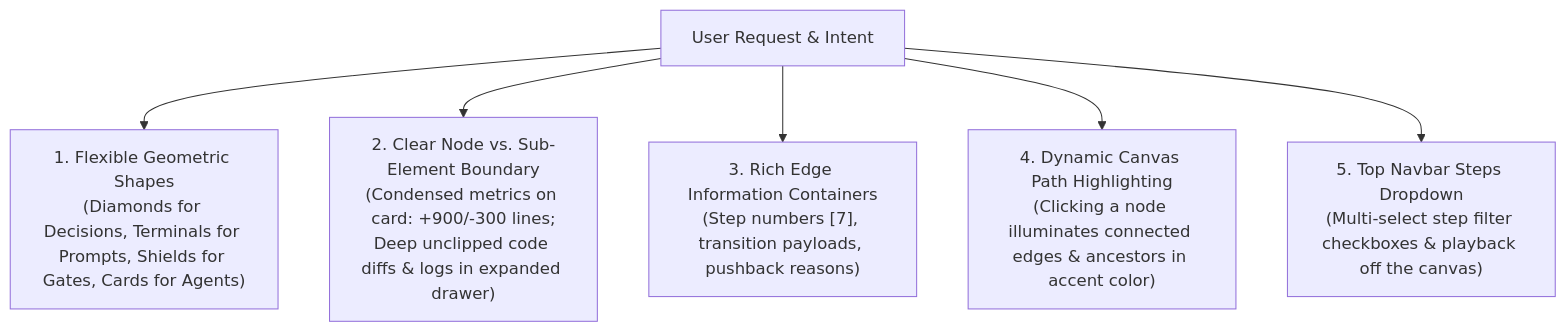
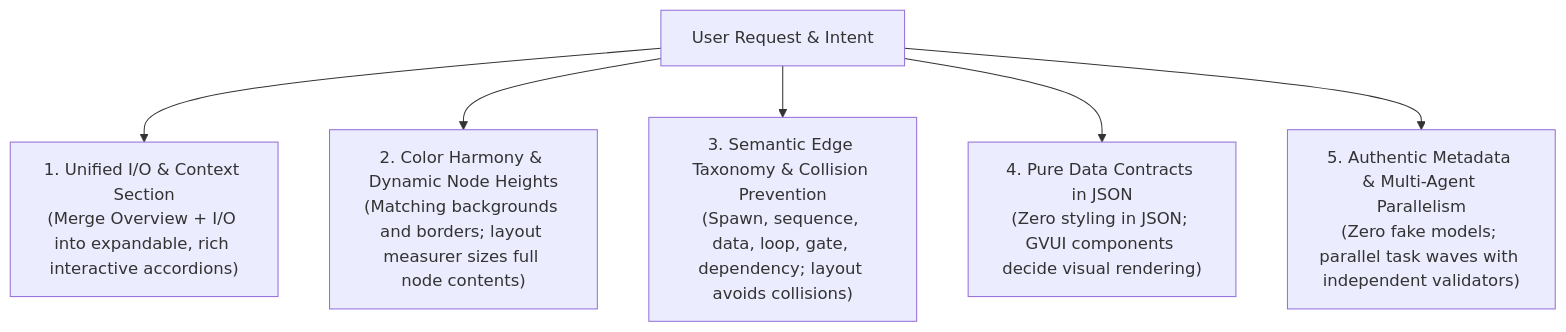
Before and after one commit to onurseckin/skills: the diagram in docs/planning/gvui-execution-graph/01-creative-vision-and-user-intent.md, drawn with Mermaid. The commit also changed other lines of this file and 5 other files, not shown here.

Commit message:
docs: update gvui execution graph plan with prompt d requirements

````diff
--- a/docs/planning/gvui-execution-graph/01-creative-vision-and-user-intent.md
+++ b/docs/planning/gvui-execution-graph/01-creative-vision-and-user-intent.md
@@ -50,8 +62,8 @@
 ```mermaid
 flowchart TD
-    A["User Request & Intent"] --> B["1. Flexible Geometric Shapes\n(Diamonds for Decisions, Terminals for Prompts, Shields for Gates, Cards for Agents)"]
-    A --> C["2. Clear Node vs. Sub-Element Boundary\n(Condensed metrics on card: +900/-300 lines;\nDeep unclipped code diffs & logs in expanded drawer)"]
-    A --> D["3. Rich Edge Information Containers\n(Step numbers [7], transition payloads, pushback reasons)"]
-    A --> E["4. Dynamic Canvas Path Highlighting\n(Clicking a node illuminates connected edges & ancestors in accent color)"]
-    A --> F["5. Top Navbar Steps Dropdown\n(Multi-select step filter checkboxes & playback off the canvas)"]
+    A["User Request & Intent"] --> B["1. Unified I/O & Context Section\n(Merge Overview + I/O into expandable, rich interactive accordions)"]
+    A --> C["2. Color Harmony & Dynamic Node Heights\n(Matching backgrounds and borders; layout measurer sizes full node contents)"]
+    A --> D["3. Semantic Edge Taxonomy & Collision Prevention\n(Spawn, sequence, data, loop, gate, dependency; layout avoids collisions)"]
+    A --> E["4. Pure Data Contracts in JSON\n(Zero styling in JSON; GVUI components decide visual rendering)"]
+    A --> F["5. Authentic Metadata & Multi-Agent Parallelism\n(Zero fake models; parallel task waves with independent validators)"]
 ```
````
